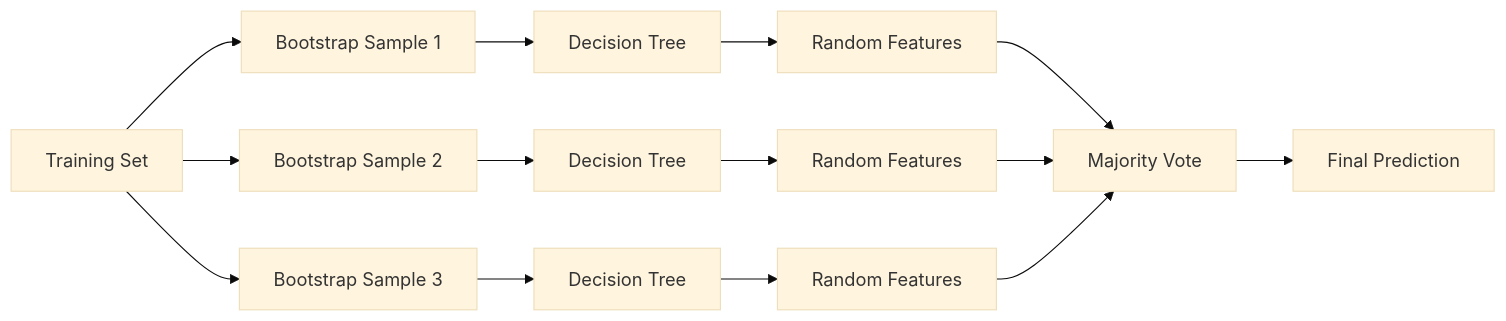
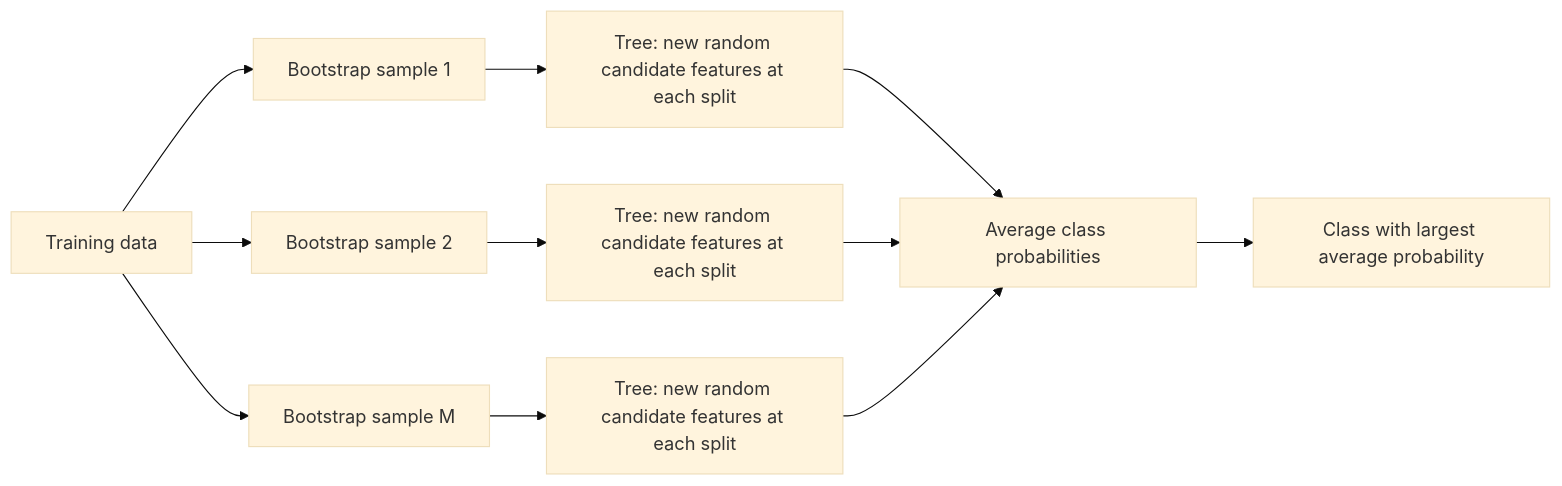
One commit to jflorez-giraldo/MachineLearningNotes changed the diagram in chapters/chapter09.qmd. Above: the diagram before and after it, drawn with Mermaid (base theme). The commit also changed other lines of this file and 177 other files, not shown here.

````diff
--- a/chapters/chapter09.qmd
+++ b/chapters/chapter09.qmd
@@ -457,29 +381,16 @@
 ```{mermaid}
 %%| echo: false
-%%| label: fig-random-forest-workflow
-%%| fig-cap: "Training process of a Random Forest."
-
-
-
+%%| label: fig-ch09-random-forest-workflow
+%%| fig-cap: "Random-forest training and prediction workflow."
 flowchart LR
-
-A["Training Set"]
-
-A --> B1["Bootstrap Sample 1"]
-A --> B2["Bootstrap Sample 2"]
-A --> B3["Bootstrap Sample 3"]
-
-B1 --> C1["Decision Tree"]
-B2 --> C2["Decision Tree"]
-B3 --> C3["Decision Tree"]
-
-C1 --> D1["Random Features"]
-C2 --> D2["Random Features"]
-C3 --> D3["Random Features"]
-
-D1 --> E["Majority Vote"]
-D2 --> E
-D3 --> E
-
-E --> F["Final Prediction"]
+    A[Training data] --> B1[Bootstrap sample 1]
+    A --> B2[Bootstrap sample 2]
+    A --> B3[Bootstrap sample M]
+    B1 --> C1[Tree: new random candidate features at each split]
+    B2 --> C2[Tree: new random candidate features at each split]
+    B3 --> C3[Tree: new random candidate features at each split]
+    C1 --> D[Average class probabilities]
+    C2 --> D
+    C3 --> D
+    D --> E[Class with largest average probability]
 ```
````
